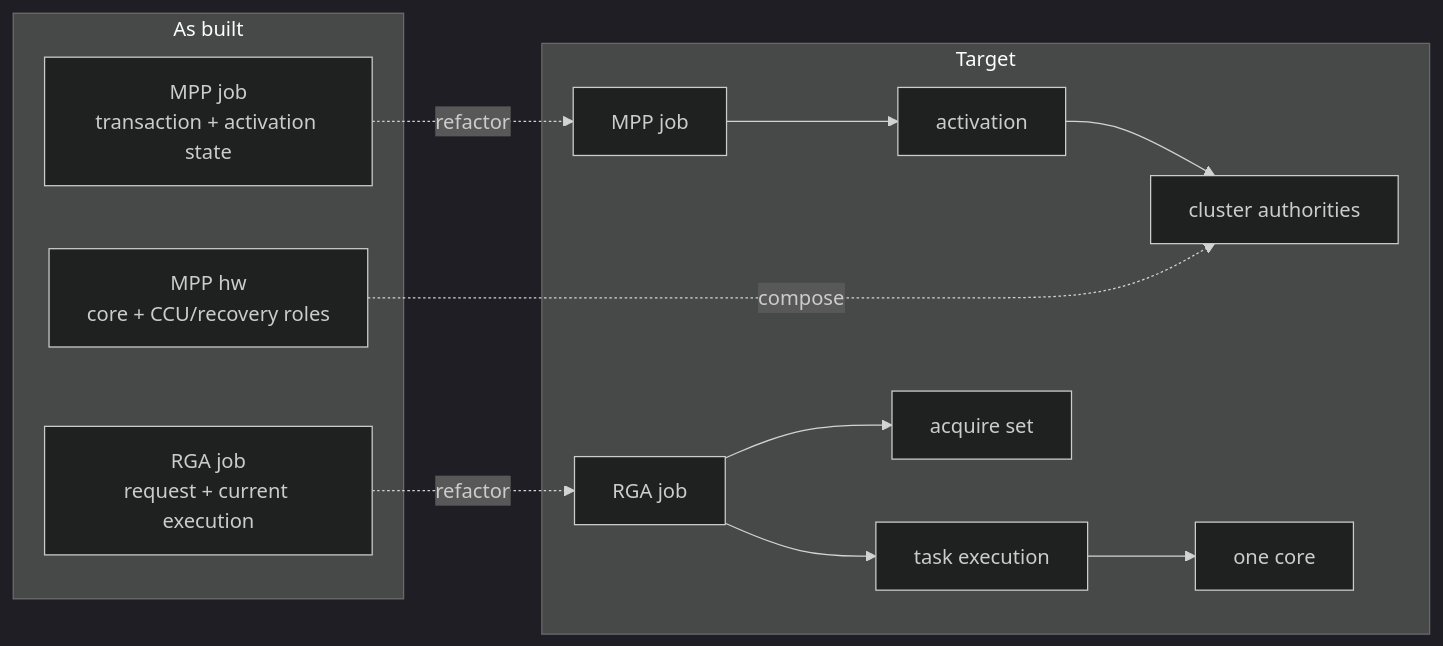
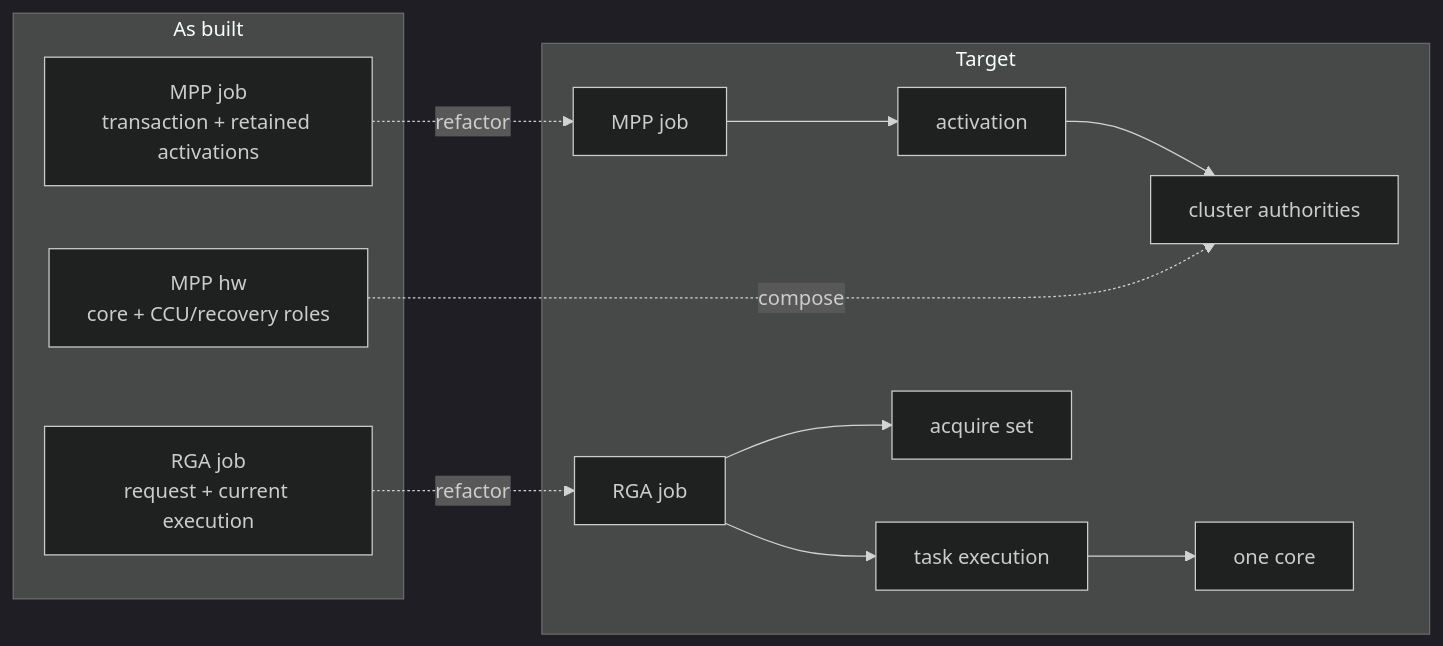
The diagram in kernel-drivers/docs/rewrite-driver-architecture/04-design-lessons.md (yisding/rock-5b-ysp), drawn with Mermaid (dark theme) before and after one commit. The commit also changed other lines of this file and 14 other files, not shown here.

````diff
--- a/kernel-drivers/docs/rewrite-driver-architecture/04-design-lessons.md
+++ b/kernel-drivers/docs/rewrite-driver-architecture/04-design-lessons.md
@@ -59,16 +59,16 @@
 ```mermaid
 flowchart LR
   subgraph current["As built"]
-    mj["MPP job<br/>transaction + activation state"]
+    mj["MPP job<br/>transaction + retained activations"]
     mh["MPP hw<br/>core + CCU/recovery roles"]
     rj["RGA job<br/>request + current execution"]
   end
   subgraph target["Target"]
     mt["MPP job"] --> ma["activation"] --> mc["cluster authorities"]
     rt["RGA job"] --> re["task execution"] --> rh["one core"]
     rt --> ra["acquire set"]
   end
   mj -. refactor .-> mt
   mh -. compose .-> mc
   rj -. refactor .-> rt
 ```
````
